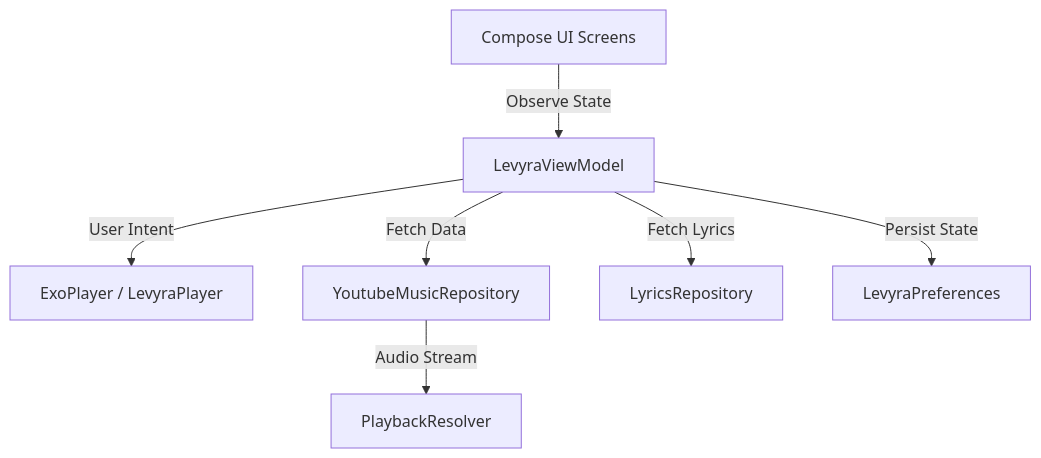
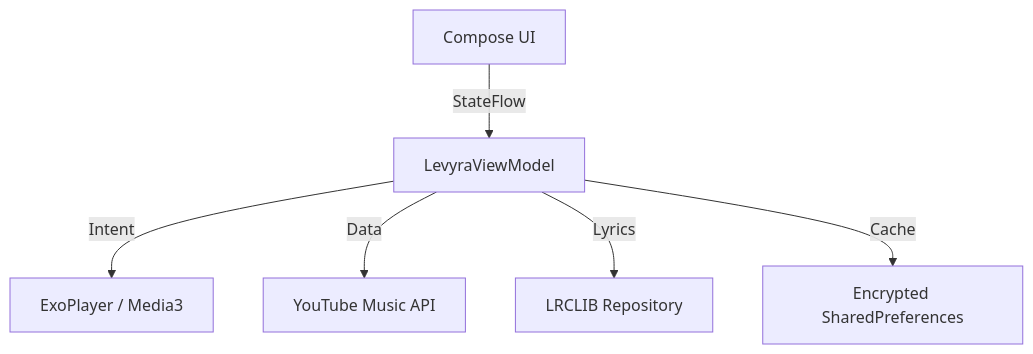
Before and after one commit to LUC4N3X/Levyra-deepsound: the diagram in README.md, drawn with Mermaid. The commit also changed other lines of this file, not shown here.

````diff
--- a/README.md
+++ b/README.md
@@ -64,9 +53,8 @@
 ```mermaid
 graph TD
-    A[Compose UI Screens] -->|Observe State| B[LevyraViewModel]
-    B -->|User Intent| C[ExoPlayer / LevyraPlayer]
-    B -->|Fetch Data| D[YoutubeMusicRepository]
-    B -->|Fetch Lyrics| E[LyricsRepository]
-    B -->|Persist State| F[LevyraPreferences]
-    D -->|Audio Stream| G[PlaybackResolver]
+    UI[Compose UI] -->|StateFlow| VM[LevyraViewModel]
+    VM -->|Intent| Player[ExoPlayer / Media3]
+    VM -->|Data| YTM[YouTube Music API]
+    VM -->|Lyrics| LRC[LRCLIB Repository]
+    VM -->|Cache| Prefs[Encrypted SharedPreferences]
 ```
````
